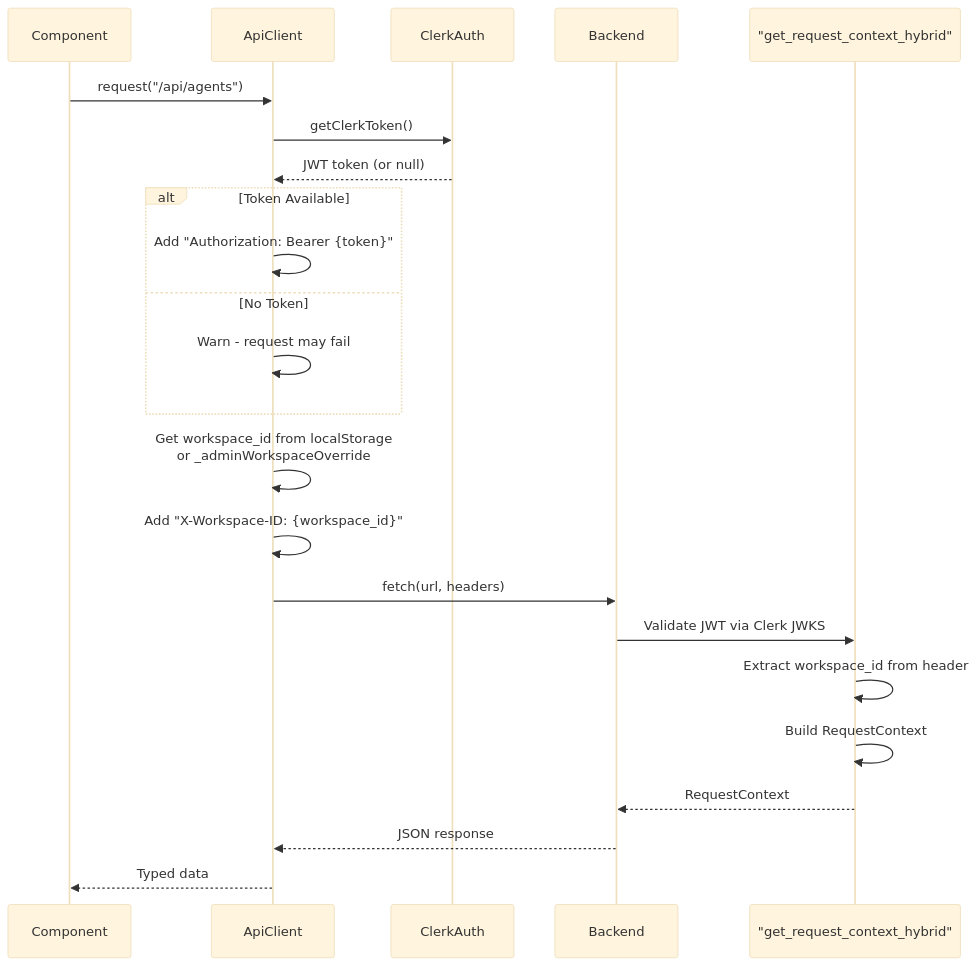
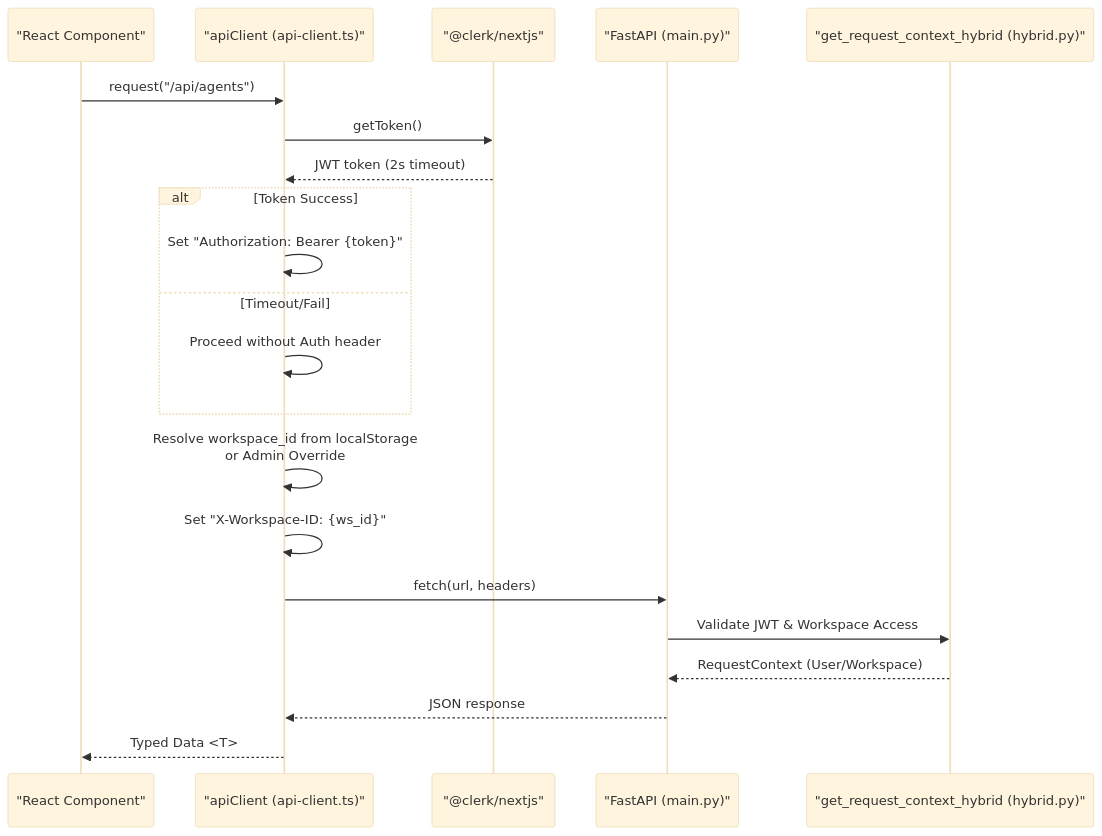
The second of 3 diagrams in docs/frontend-architecture/api-client.md (AutomatosAI/automatos-ai), drawn with Mermaid (base theme) before and after one commit. The commit also changed other lines of this file and 149 other files, not shown here.

Commit message:
docs: refresh documentation with graphify semantic scan

````diff
--- a/docs/frontend-architecture/api-client.md
+++ b/docs/frontend-architecture/api-client.md
@@ -95,29 +95,27 @@
 ```mermaid
 sequenceDiagram
-    participant Component
-    participant ApiClient
-    participant ClerkAuth
-    participant Backend
-    participant HybridAuth as "get_request_context_hybrid"
+    participant Component as "React Component"
+    participant ApiClient as "apiClient (api-client.ts)"
+    participant ClerkAuth as "@clerk/nextjs"
+    participant Backend as "FastAPI (main.py)"
+    participant HybridAuth as "get_request_context_hybrid (hybrid.py)"
     
     Component->>ApiClient: request("/api/agents")
-    ApiClient->>ClerkAuth: getClerkToken()
-    ClerkAuth-->>ApiClient: JWT token (or null)
+    ApiClient->>ClerkAuth: getToken()
+    ClerkAuth-->>ApiClient: JWT token (2s timeout)
     
-    alt Token Available
-        ApiClient->>ApiClient: Add "Authorization: Bearer {token}"
-    else No Token
-        ApiClient->>ApiClient: Warn - request may fail
+    alt Token Success
+        ApiClient->>ApiClient: Set "Authorization: Bearer {token}"
+    else Timeout/Fail
+        ApiClient->>ApiClient: Proceed without Auth header
     end
     
-    ApiClient->>ApiClient: Get workspace_id from localStorage<br/>or _adminWorkspaceOverride
-    ApiClient->>ApiClient: Add "X-Workspace-ID: {workspace_id}"
+    ApiClient->>ApiClient: Resolve workspace_id from localStorage<br/>or Admin Override
+    ApiClient->>ApiClient: Set "X-Workspace-ID: {ws_id}"
     
     ApiClient->>Backend: fetch(url, headers)
-    Backend->>HybridAuth: Validate JWT via Clerk JWKS
-    HybridAuth->>HybridAuth: Extract workspace_id from header
-    HybridAuth->>HybridAuth: Build RequestContext
-    HybridAuth-->>Backend: RequestContext
+    Backend->>HybridAuth: Validate JWT & Workspace Access
+    HybridAuth-->>Backend: RequestContext (User/Workspace)
     Backend-->>ApiClient: JSON response
-    ApiClient-->>Component: Typed data
+    ApiClient-->>Component: Typed Data <T>
 ```
````
